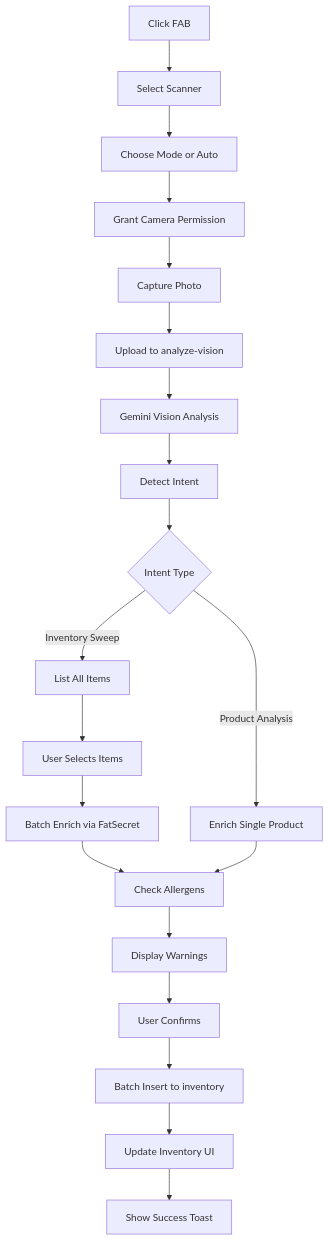
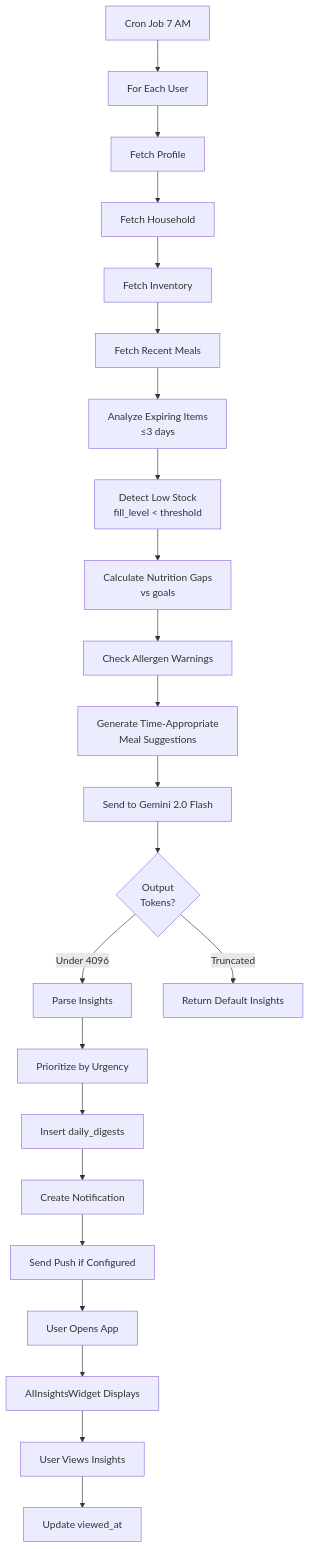
Before and after one commit to Viraj-FG/Techcentral: the eighth of 14 diagrams in MASTER_DOCS.md, drawn with Mermaid. The commit also changed other lines of this file, not shown here.

````diff
--- a/MASTER_DOCS.md
+++ b/MASTER_DOCS.md
@@ -4661,25 +5142,29 @@
 ```mermaid
-graph TD
-    A[Click FAB] --> B[Select Scanner]
-    B --> C[Choose Mode or Auto]
-    C --> D[Grant Camera Permission]
-    D --> E[Capture Photo]
-    E --> F[Upload to analyze-vision]
-    F --> G[Gemini Vision Analysis]
-    G --> H[Detect Intent]
-    H --> I{Intent Type}
+flowchart TD
+    A[Cron Job 7 AM] --> B[For Each User]
+    B --> C[Fetch Profile]
+    C --> D[Fetch Household]
+    D --> E[Fetch Inventory]
+    E --> F[Fetch Recent Meals]
     
-    I -->|Inventory Sweep| J[List All Items]
-    J --> K[User Selects Items]
-    K --> L[Batch Enrich via FatSecret]
-    L --> M[Check Allergens]
-    M --> N[Display Warnings]
-    N --> O[User Confirms]
-    O --> P[Batch Insert to inventory]
+    F --> G[Analyze Expiring Items<br/>≤3 days]
+    G --> H[Detect Low Stock<br/>fill_level < threshold]
+    H --> I[Calculate Nutrition Gaps<br/>vs goals]
+    I --> J[Check Allergen Warnings]
+    J --> K[Generate Time-Appropriate<br/>Meal Suggestions]
     
-    I -->|Product Analysis| Q[Enrich Single Product]
-    Q --> M
+    K --> L[Send to Gemini 2.0 Flash]
+    L --> M{Output<br/>Tokens?}
+    M -->|Under 4096| N[Parse Insights]
+    M -->|Truncated| O[Return Default Insights]
     
-    P --> R[Update Inventory UI]
-    R --> S[Show Success Toast]
+    N --> P[Prioritize by Urgency]
+    P --> Q[Insert daily_digests]
+    Q --> R[Create Notification]
+    R --> S[Send Push if Configured]
+    
+    S --> T[User Opens App]
+    T --> U[AIInsightsWidget Displays]
+    U --> V[User Views Insights]
+    V --> W[Update viewed_at]
 ```
````
